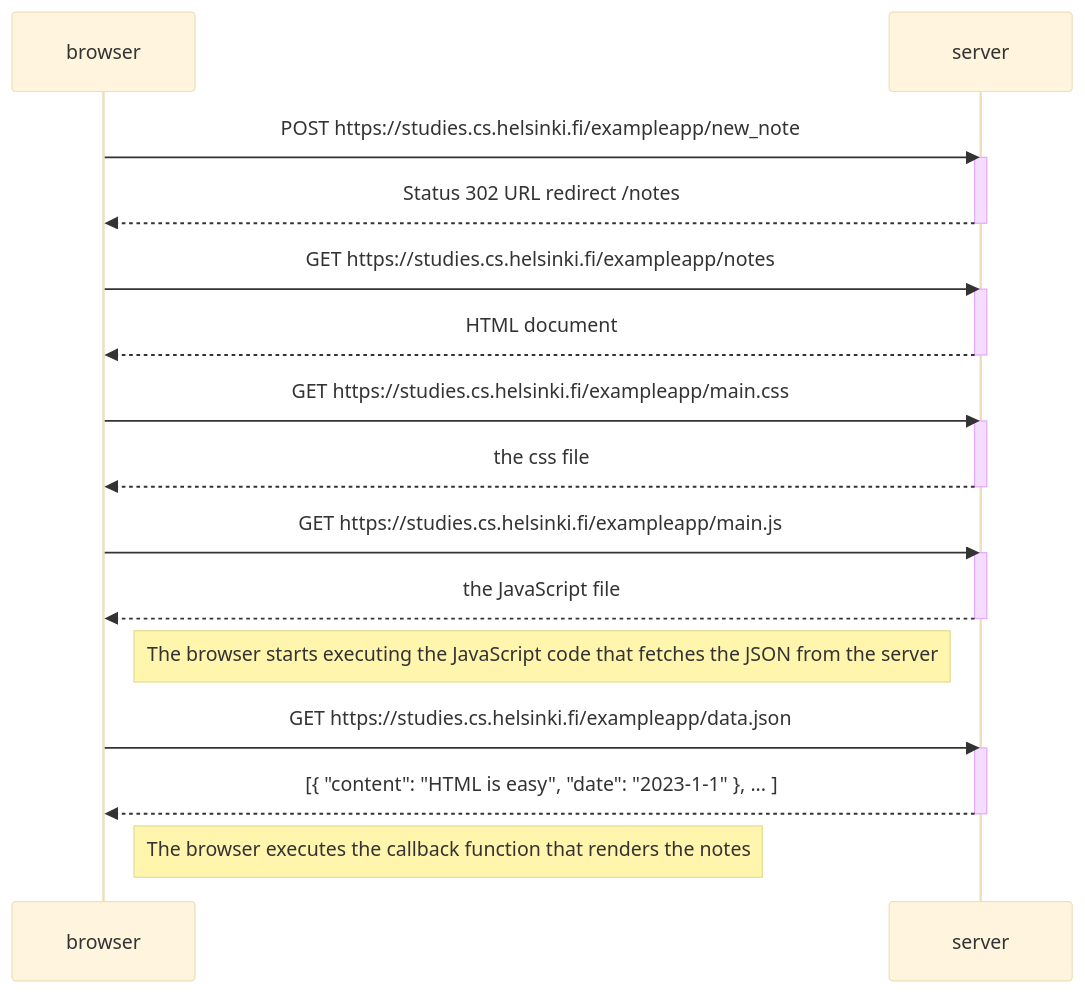
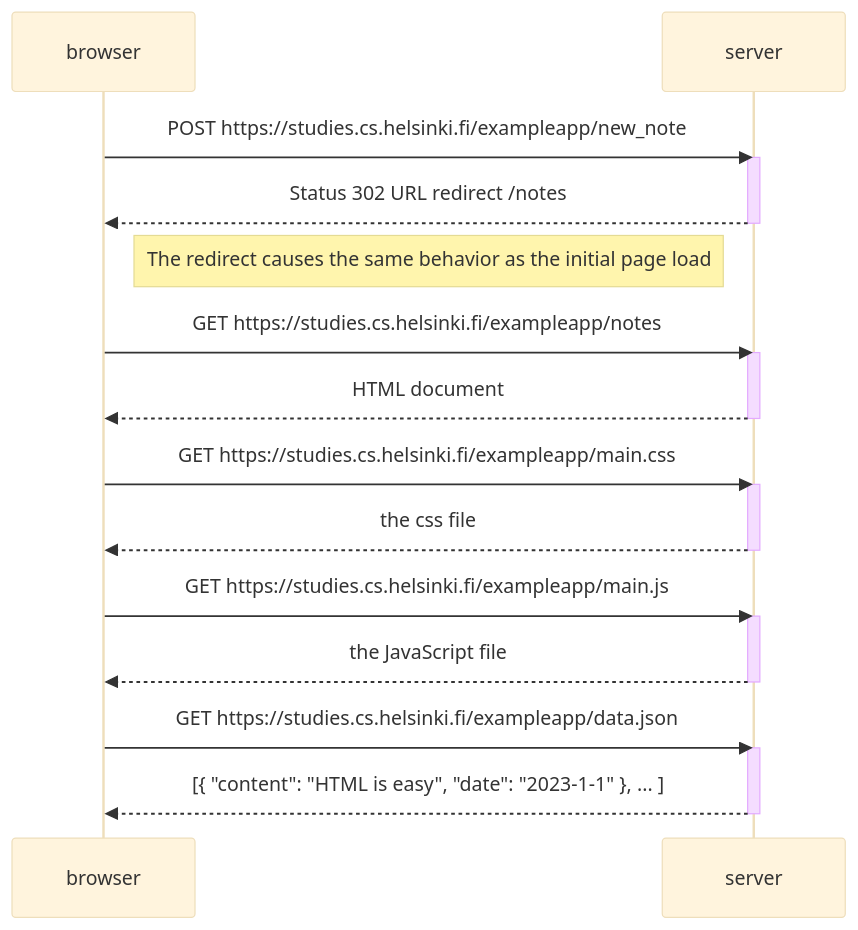
The diagram in part0/04.md (megravity/fullstackopen), drawn with Mermaid (base theme) before and after one commit.

Commit message:
add comment to explain behavior futher

````diff
--- a/part0/04.md
+++ b/part0/04.md
@@ -1,35 +1,33 @@
 ```mermaid
 sequenceDiagram
     participant browser
     participant server
 
     browser->>server: POST https://studies.cs.helsinki.fi/exampleapp/new_note
     activate server
     server-->>browser: Status 302 URL redirect /notes
     deactivate server
+
+    Note right of browser: The redirect causes the same behavior as the initial page load
 
     browser->>server: GET https://studies.cs.helsinki.fi/exampleapp/notes
     activate server
     server-->>browser: HTML document
     deactivate server
 
 
     browser->>server: GET https://studies.cs.helsinki.fi/exampleapp/main.css
     activate server
     server-->>browser: the css file
     deactivate server
 
     browser->>server: GET https://studies.cs.helsinki.fi/exampleapp/main.js
     activate server
     server-->>browser: the JavaScript file
     deactivate server
 
-    Note right of browser: The browser starts executing the JavaScript code that fetches the JSON from the server
-
     browser->>server: GET https://studies.cs.helsinki.fi/exampleapp/data.json
     activate server
     server-->>browser: [{ "content": "HTML is easy", "date": "2023-1-1" }, ... ]
     deactivate server
-
-    Note right of browser: The browser executes the callback function that renders the notes
 ```
````
